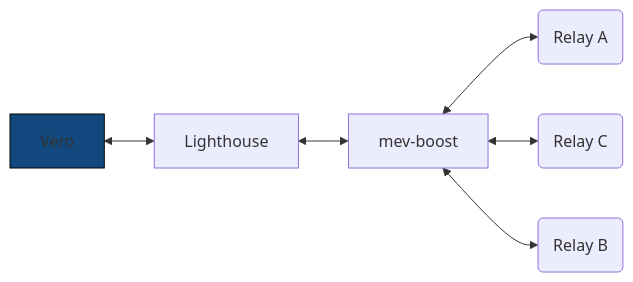
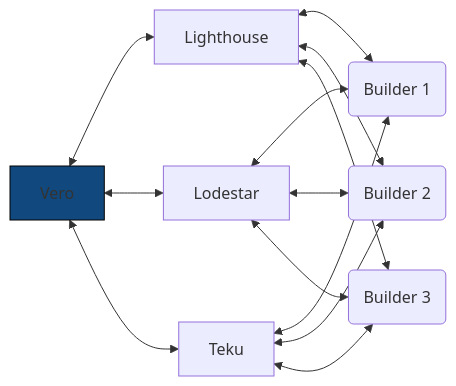
One commit to serenita-org/vero changed the first of 3 diagrams in docs/docs/usage/mev.md. Above: the diagram before and after it, drawn with Mermaid. The commit also changed other lines of this file and 2 other files, not shown here.

````diff
--- a/docs/docs/usage/mev.md
+++ b/docs/docs/usage/mev.md
@@ -108,11 +17,23 @@
 ```mermaid
 flowchart RL
 
+%% VC<->CL
 Lighthouse <--> Vero
-mev-boost <--> Lighthouse
-RA(Relay A) <--> mev-boost
-RB(Relay C) <--> mev-boost
-RC(Relay B) <--> mev-boost
+Lodestar <--> Vero
+Teku <--> Vero
+
+%% CL<->EL
+B1(Builder 1) <--> Lighthouse
+B1(Builder 1) <--> Lodestar
+B1(Builder 1) <--> Teku
+
+B2(Builder 2) <--> Lighthouse
+B2(Builder 2) <--> Lodestar
+B2(Builder 2) <--> Teku
+
+B3(Builder 3) <--> Lighthouse
+B3(Builder 3) <--> Lodestar
+B3(Builder 3) <--> Teku
 
 style Vero fill:#11497E,stroke:#000000
 ```
````
